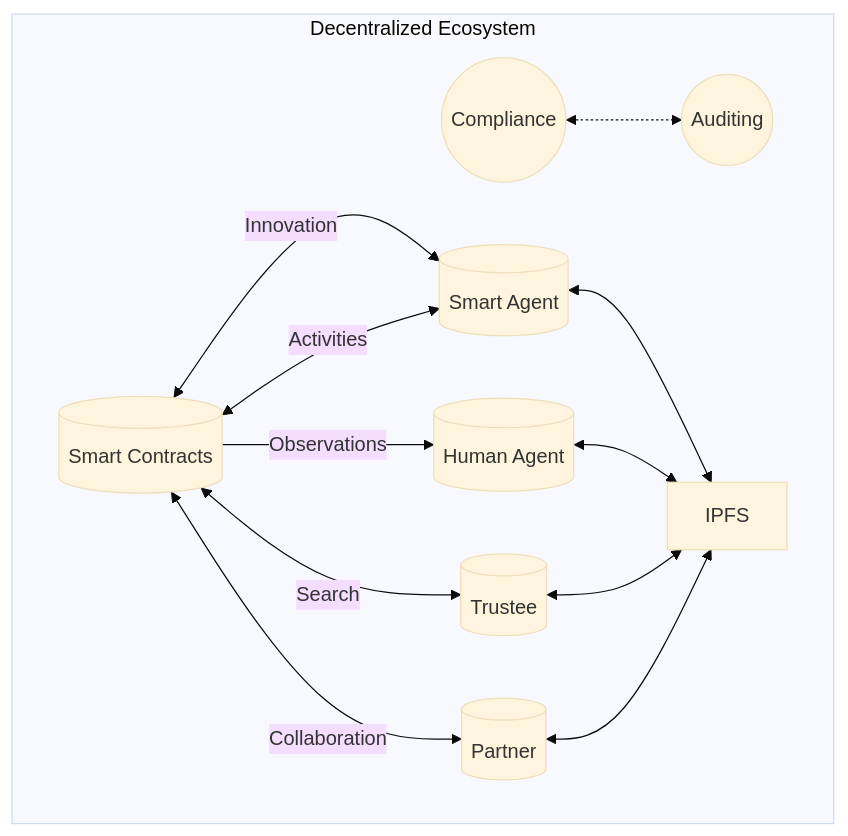
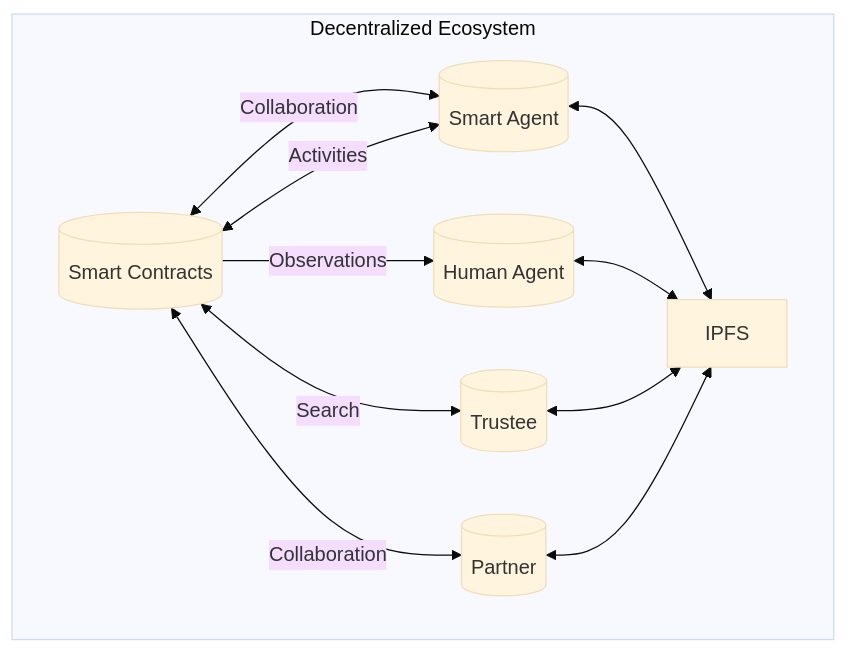
Before and after one commit to fact-claims/fact.claims: the second of 2 diagrams in www/content/rfc/draft.md, drawn with Mermaid (base theme).

````diff
--- a/www/content/rfc/draft.md
+++ b/www/content/rfc/draft.md
@@ -61,21 +61,20 @@
 ```mermaid
 flowchart TB
         subgraph "Decentralized Ecosystem"
             SC[(Smart Contracts)]
             agent1[(Smart Agent)]
             agent2[(Human Agent)]
             trustee1[(Trustee)]
             partner1[(Partner)]
-            Regulatory((Compliance)) <-.-> Auditing((Auditing))
-            SC <-->|Innovation| agent1
+            SC <-->|Collaboration| agent1
             SC <-->|Activities| agent1
             SC -->|Observations| agent2
             SC <-->|Search| trustee1
             SC <-->|Collaboration| partner1
             agent1 <--> IPFS
             agent2 <--> IPFS
             trustee1 <--> IPFS
             partner1 <--> IPFS
         end
 
 ```
````
